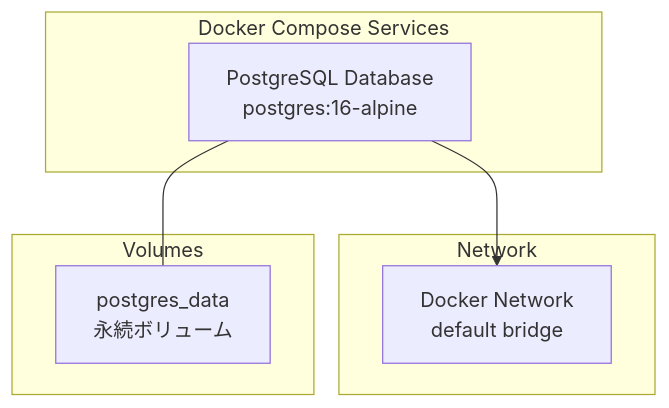
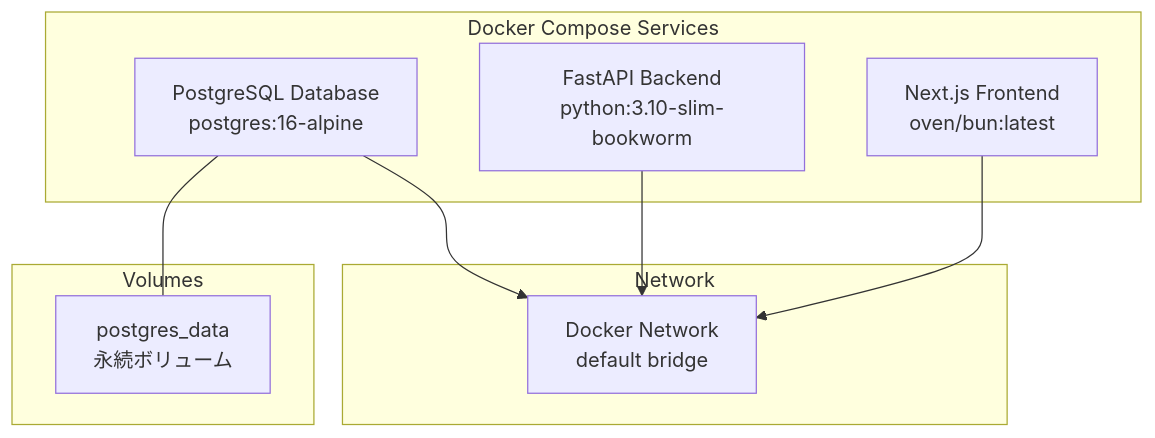
Before and after one commit to ss8806/Todos: the first of 11 diagrams in .qoder/repowiki/ja/content/Dockerコンテナ化.md, drawn with Mermaid. The commit also changed other lines of this file and 11 other files, not shown here.

````diff
--- a/.qoder/repowiki/ja/content/Dockerコンテナ化.md
+++ b/.qoder/repowiki/ja/content/Dockerコンテナ化.md
@@ -40,14 +49,18 @@
 ```mermaid
 graph TB
 subgraph "Docker Compose Services"
 DB["PostgreSQL Database<br/>postgres:16-alpine"]
+BACKEND["FastAPI Backend<br/>python:3.10-slim-bookworm"]
+FRONTEND["Next.js Frontend<br/>oven/bun:latest"]
 end
 subgraph "Network"
 NETWORK["Docker Network<br/>default bridge"]
 end
 subgraph "Volumes"
 VOLUME["postgres_data<br/>永続ボリューム"]
 end
 DB --- VOLUME
 DB --> NETWORK
+BACKEND --> NETWORK
+FRONTEND --> NETWORK
 ```
````
